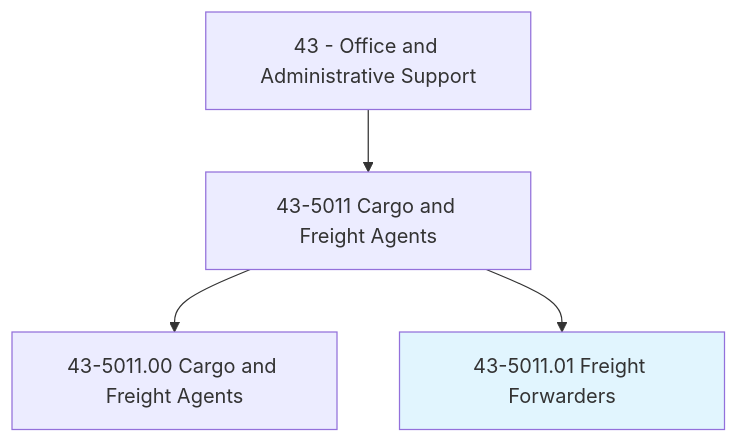
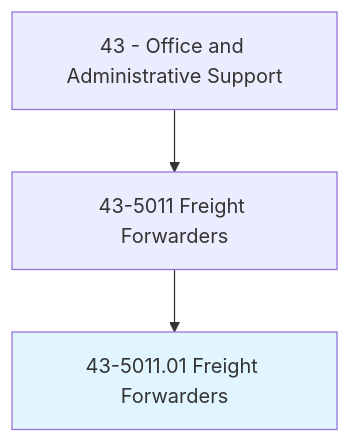
One commit to kziemski/business.org.ai changed the first of 3 diagrams in occupations/Administrative/FreightForwarders.mdx. Above: the diagram before and after it, drawn with Mermaid. The commit also changed other lines of this file and 938 other files, not shown here.

````diff
--- a/occupations/Administrative/FreightForwarders.mdx
+++ b/occupations/Administrative/FreightForwarders.mdx
@@ -19,7 +23,6 @@
 ```mermaid
 graph TD
-    Cat43["43 - Office and Administrative Support"] --> Group435011["43-5011 Cargo and Freight Agents"]
-    Group435011 --> Base["43-5011.00 Cargo and Freight Agents"]
-    Group435011 --> Current["43-5011.01 Freight Forwarders"]
+    Cat43["43 - Office and Administrative Support"] --> Group["43-5011 Freight Forwarders"]
+    Group --> Current["43-5011.01 Freight Forwarders"]
     style Current fill:#e1f5fe
 ```
````
